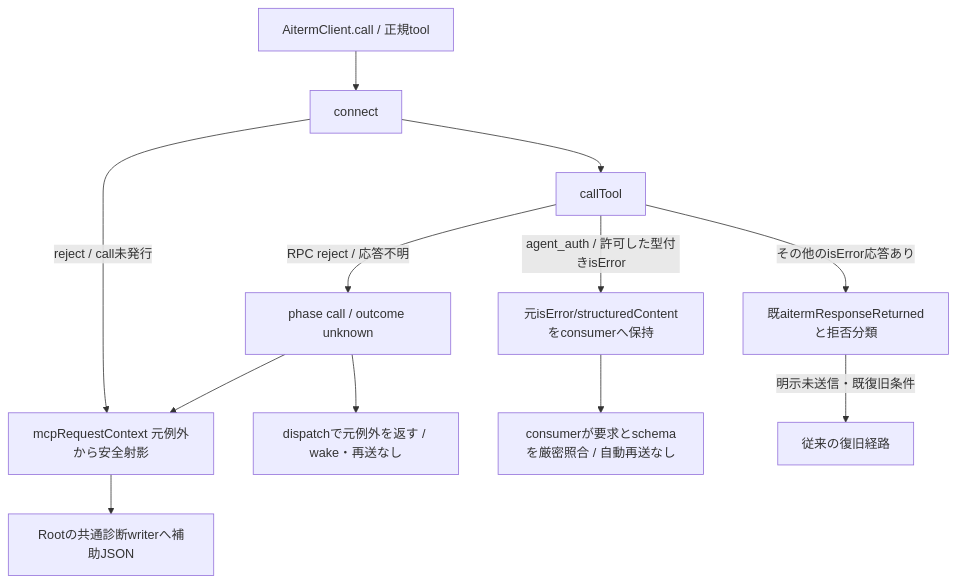
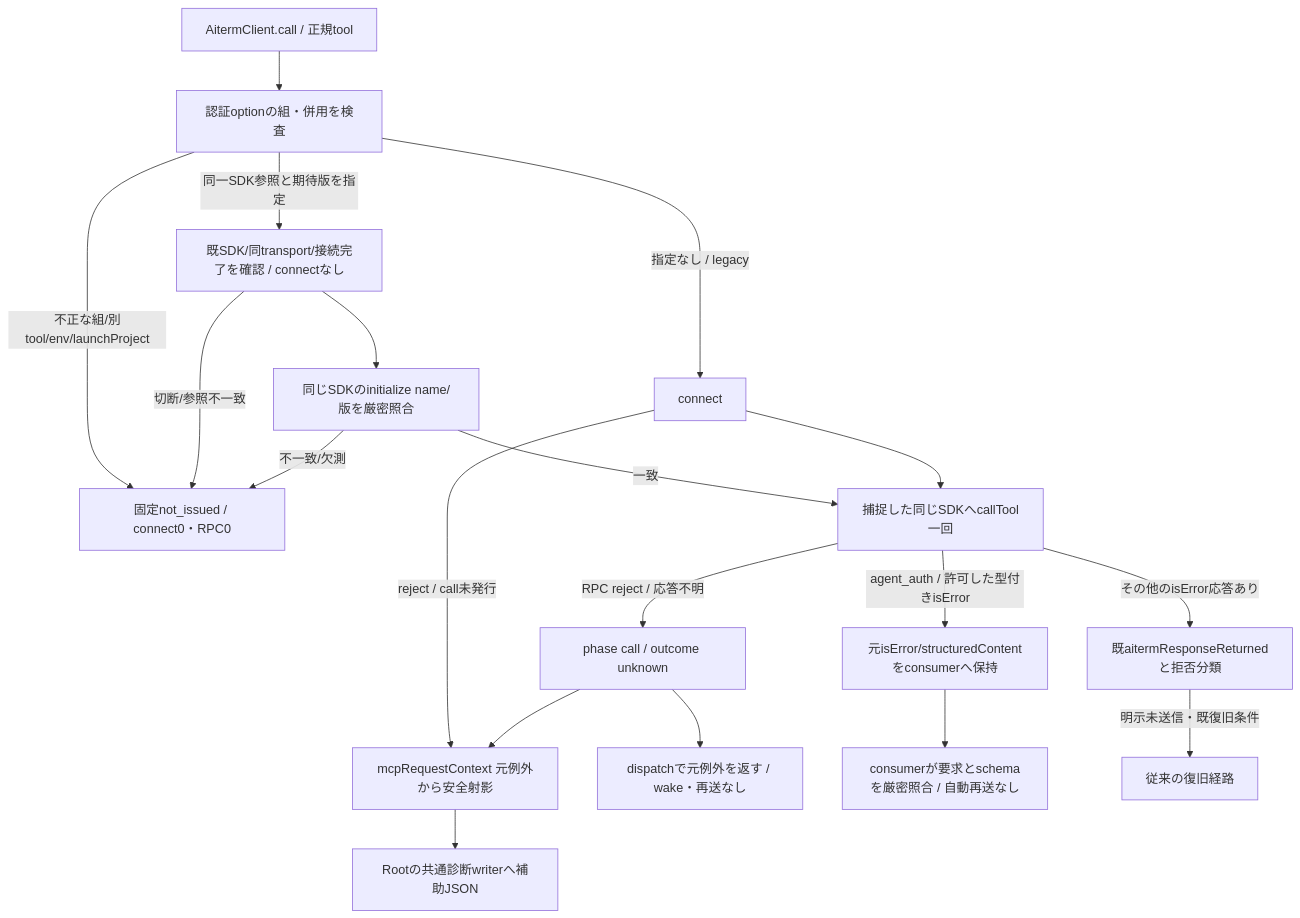
One commit to kitepon/BellTeam changed the fourth of 4 diagrams in docs/architecture/modules/execution/wait-contract.md. Above: the diagram before and after it, drawn with Mermaid. The commit also changed other lines of this file and 2 other files, not shown here.

Commit message:
Bind guarded auth calls to one initialized SDK connection

````diff
--- a/docs/architecture/modules/execution/wait-contract.md
+++ b/docs/architecture/modules/execution/wait-contract.md
@@ -84,14 +84,21 @@
 ```mermaid
 flowchart TD
-  Request["AitermClient.call / 正規tool"] --> Connect["connect"]
+  Request["AitermClient.call / 正規tool"] --> Options["認証optionの組・併用を検査"]
+  Options -->|"不正な組/別tool/env/launchProject"| NoRpc["固定not_issued / connect0・RPC0"]
+  Options -->|"指定なし / legacy"| Connect["connect"]
+  Options -->|"同一SDK参照と期待版を指定"| Bound["既SDK/同transport/接続完了を確認 / connectなし"]
+  Bound -->|"切断/参照不一致"| NoRpc
+  Bound --> Version["同じSDKのinitialize name/版を厳密照合"]
+  Version -->|"不一致/欠測"| NoRpc
+  Version -->|"一致"| Call["捕捉した同じSDKへcallTool一回"]
   Connect -->|"reject / call未発行"| Context["mcpRequestContext 元例外から安全射影"]
-  Connect --> Call["callTool"]
+  Connect --> Call
   Call -->|"RPC reject / 応答不明"| Unknown["phase call / outcome unknown"]
   Unknown --> Context
   Unknown --> Preserve["dispatchで元例外を返す / wake・再送なし"]
   Call -->|"agent_auth / 許可した型付きisError"| Auth["元isError/structuredContentをconsumerへ保持"]
   Auth --> Strict["consumerが要求とschemaを厳密照合 / 自動再送なし"]
   Call -->|"その他のisError応答あり"| Returned["既aitermResponseReturnedと拒否分類"]
   Returned -->|"明示未送信・既復旧条件"| Recovery["従来の復旧経路"]
   Context --> Diagnostics["Rootの共通診断writerへ補助JSON"]
 ```
````
